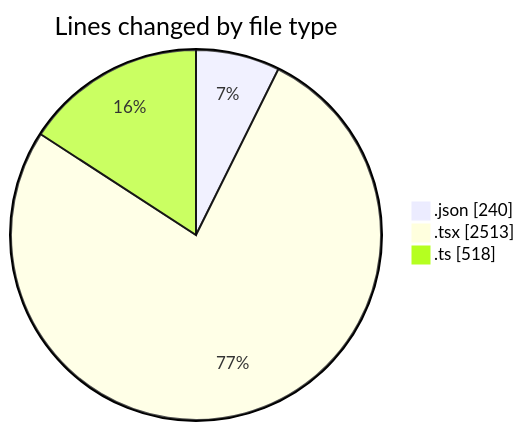
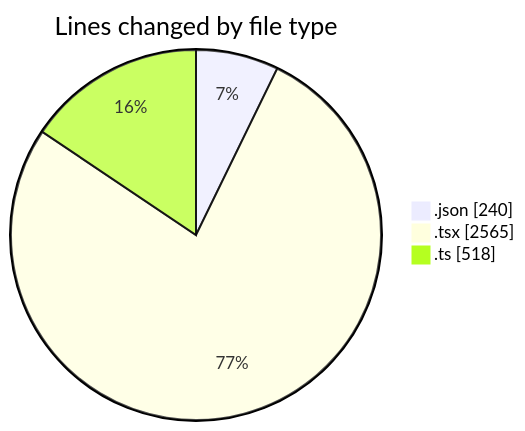
Before and after one commit to julien-gomy/code-tracking: the first of 2 diagrams in 2025-11-17/eventscop-frontend-guide__workspace_/README.md, drawn with Mermaid. The commit also changed other lines of this file and 1 other file, not shown here.

````diff
--- a/2025-11-17/eventscop-frontend-guide__workspace_/README.md
+++ b/2025-11-17/eventscop-frontend-guide__workspace_/README.md
@@ -35,7 +35,7 @@
 ```mermaid
 pie showData
 title Lines changed by file type
 ".json" : 240
-".tsx" : 2513
+".tsx" : 2565
 ".ts" : 518
 ```
````
